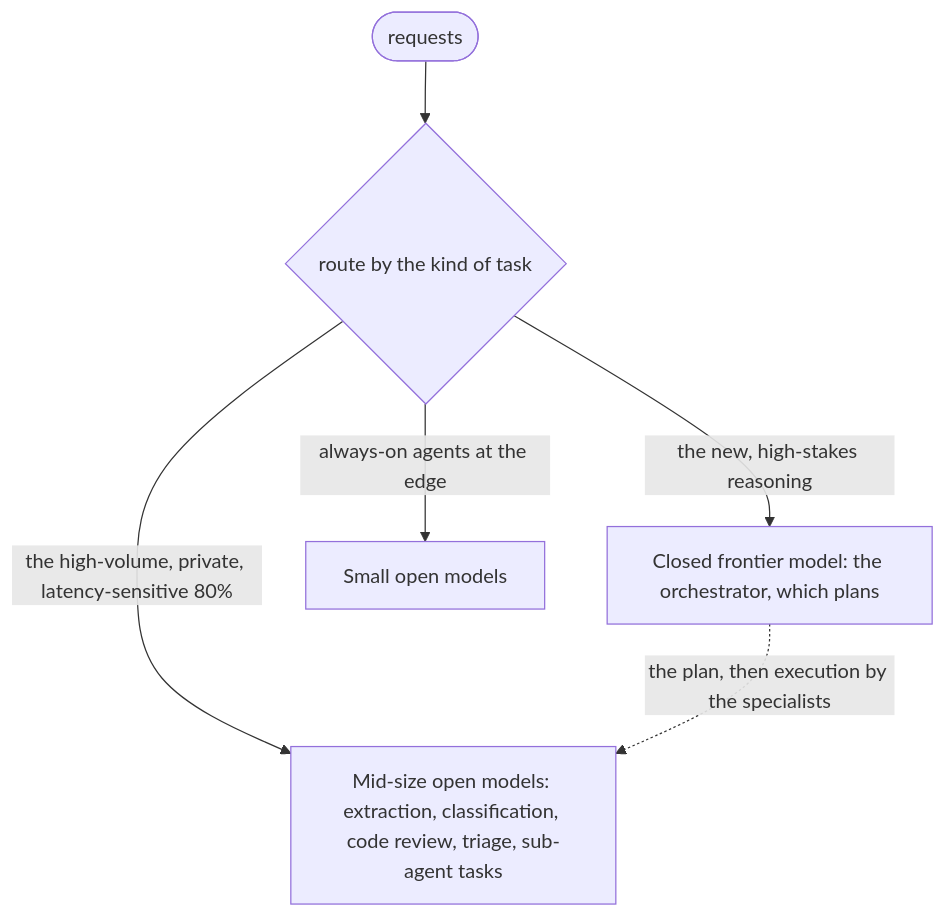
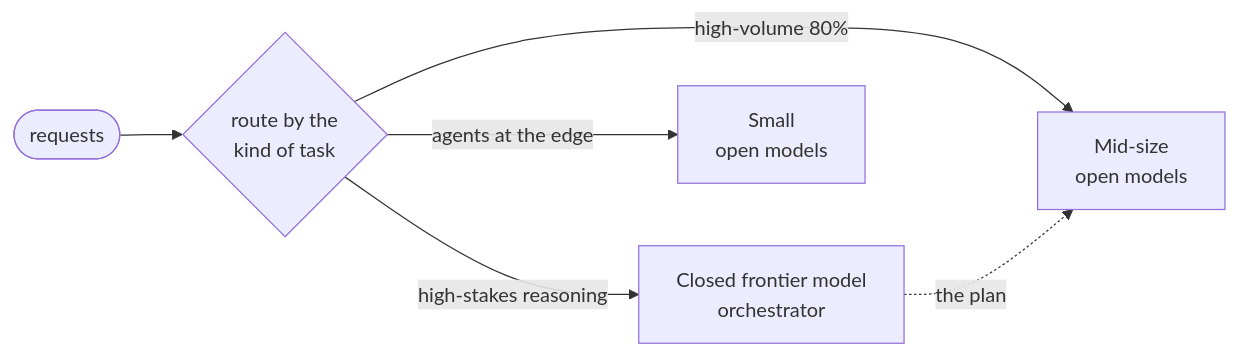
The second of 2 diagrams in 00-foundations/model-landscape/open-weight-llms-primer.md (aniryou/full-stack-agentic-engineer), drawn with Mermaid before and after one commit. The commit also changed other lines of this file and 633 other files, not shown here.

First line of the commit message:
Accessible language and one-screen figures, part 1: every figure fits a screen, the STE second pass over the layers (#53)

````diff
--- a/00-foundations/model-landscape/open-weight-llms-primer.md
+++ b/00-foundations/model-landscape/open-weight-llms-primer.md
@@ -434,8 +444,8 @@
 ```mermaid
-flowchart TB
-  W(["requests"]) --> P{"route by the kind of task"}
-  P -->|"the new, high-stakes reasoning"| C["Closed frontier model: the orchestrator, which plans"]
-  P -->|"the high-volume, private, latency-sensitive 80%"| M["Mid-size open models: extraction, classification, code review, triage, sub-agent tasks"]
-  P -->|"always-on agents at the edge"| S["Small open models"]
-  C -.->|"the plan, then execution by the specialists"| M
+flowchart LR
+  W(["requests"]) --> P{"route by the<br/>kind of task"}
+  P -->|"high-stakes reasoning"| C["Closed frontier model<br/>orchestrator"]
+  P -->|"high-volume 80%"| M["Mid-size<br/>open models"]
+  P -->|"agents at the edge"| S["Small<br/>open models"]
+  C -.->|"the plan"| M
 ```
````
